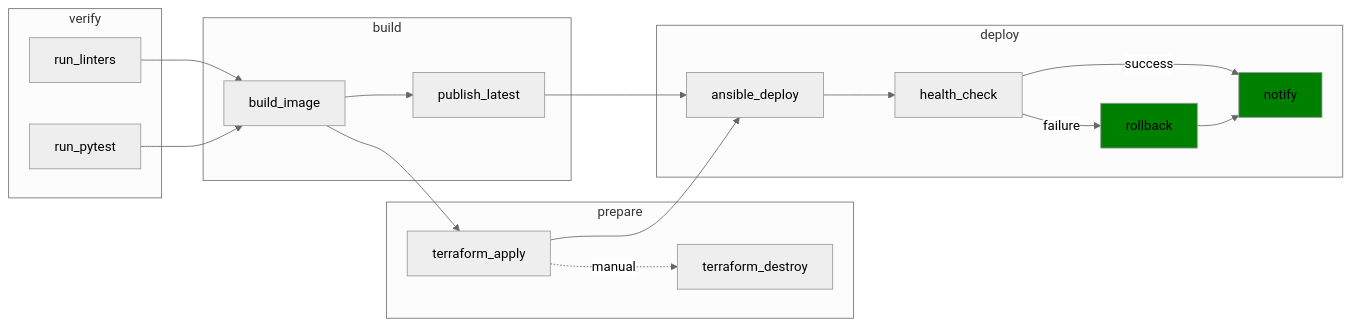
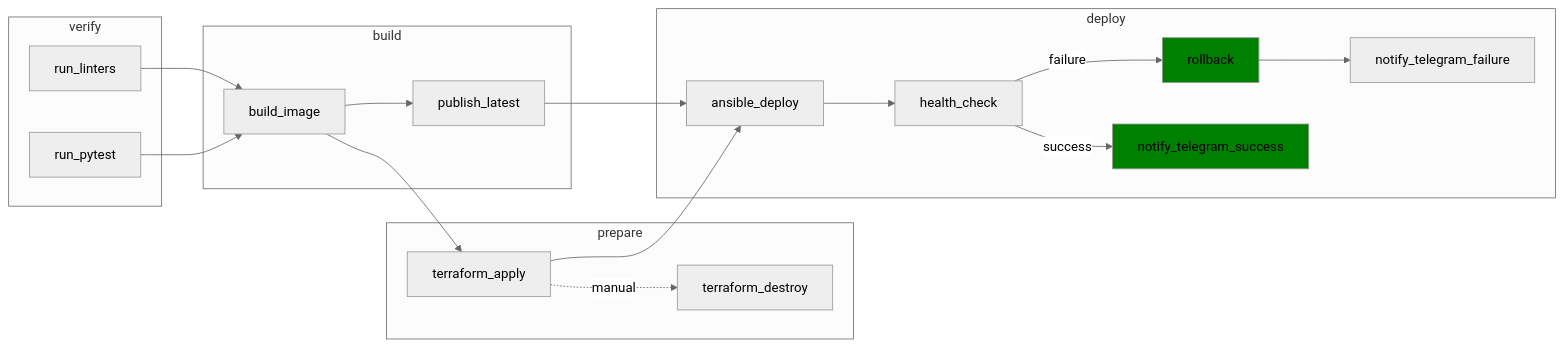
Before and after one commit to AlexeyKuzko/devops_diploma: the diagram in README.md, drawn with Mermaid (neutral theme). The commit also changed other lines of this file and 1 other file, not shown here.

````diff
--- a/README.md
+++ b/README.md
@@ -54,39 +54,41 @@
 ```mermaid
 flowchart LR
     subgraph Stage_Verify ["verify"]
         A1[run_linters]
         A2[run_pytest]
     end
 
     subgraph Stage_Build ["build"]
         B1[build_image]
         B2[publish_latest]
     end
 
     subgraph Stage_Prepare ["prepare"]
         C1[terraform_apply]
         C2[terraform_destroy]
     end
 
     subgraph Stage_Deploy ["deploy"]
         D1[ansible_deploy]
         D2[health_check]
         D3[rollback]
-        D4[notify]
+        D4[notify_telegram_success]
+        D5[notify_telegram_failure]
     end
 
     A1 --> B1
     A2 --> B1
     B1 --> B2
     B1 --> C1
     B2 --> D1
     C1 -. manual .-> C2
     C1 --> D1
     D1 --> D2
     D2 -->|success| D4
     D2 -->|failure| D3
-    D3 --> D4
+    D3 --> D5
+    
 
     style D3 fill:green
     style D4 fill:green
 ```
````
